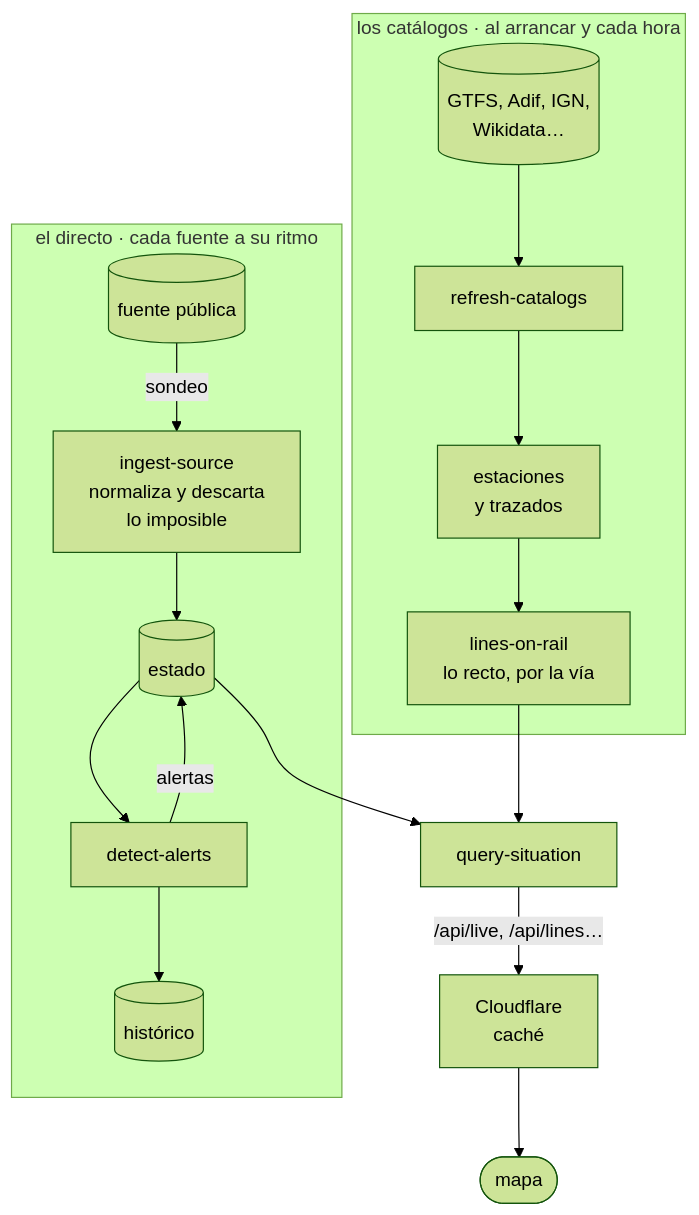
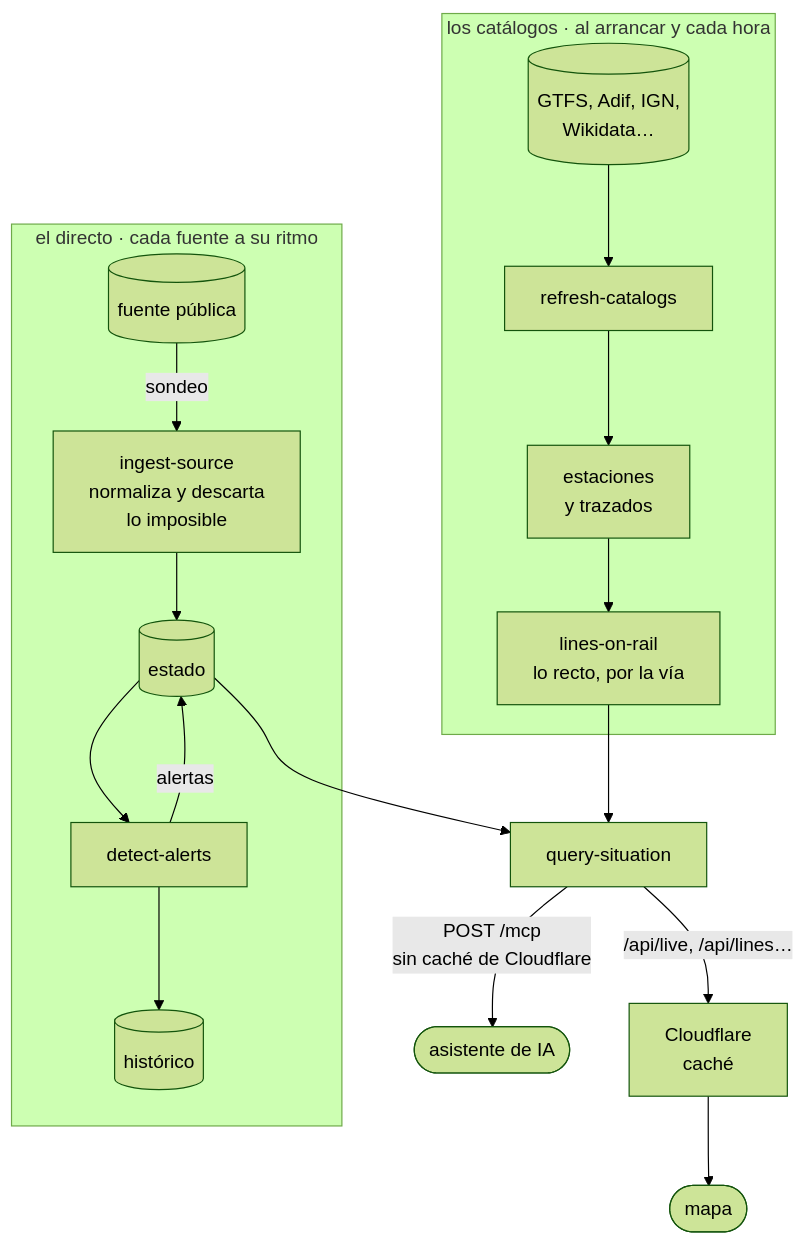
Before and after one commit to FlorinTodor/radar-es: the third of 7 diagrams in README.md, drawn with Mermaid (forest theme). The commit also changed other lines of this file, not shown here.

````diff
--- a/README.md
+++ b/README.md
@@ -154,19 +156,20 @@
 ```mermaid
 flowchart TB
   subgraph DIR["el directo · cada fuente a su ritmo"]
     F[("fuente pública")] -->|"sondeo"| I["ingest-source<br/>normaliza y descarta<br/>lo imposible"]
     I --> R[("estado")]
     R --> A["detect-alerts"]
     A -->|"alertas"| R
     A --> H[("histórico")]
   end
   subgraph CAT["los catálogos · al arrancar y cada hora"]
     G[("GTFS, Adif, IGN,<br/>Wikidata…")] --> RC["refresh-catalogs"]
     RC --> E["estaciones<br/>y trazados"]
     E --> L["lines-on-rail<br/>lo recto, por la vía"]
   end
   R --> Q["query-situation"]
   L --> Q
   Q -->|"/api/live, /api/lines…"| C["Cloudflare<br/>caché"]
   C --> N(["mapa"])
+  Q -->|"POST /mcp<br/>sin caché de Cloudflare"| IA(["asistente de IA"])
 ```
````
